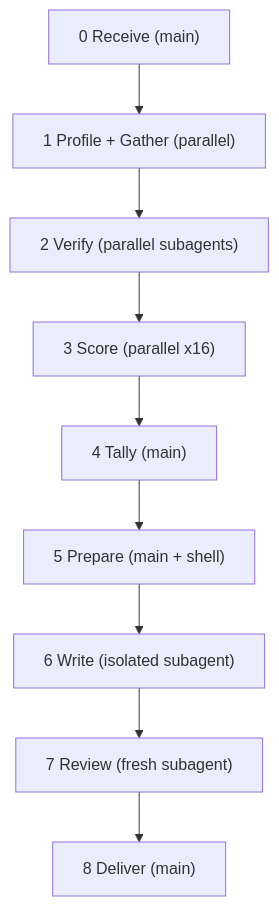
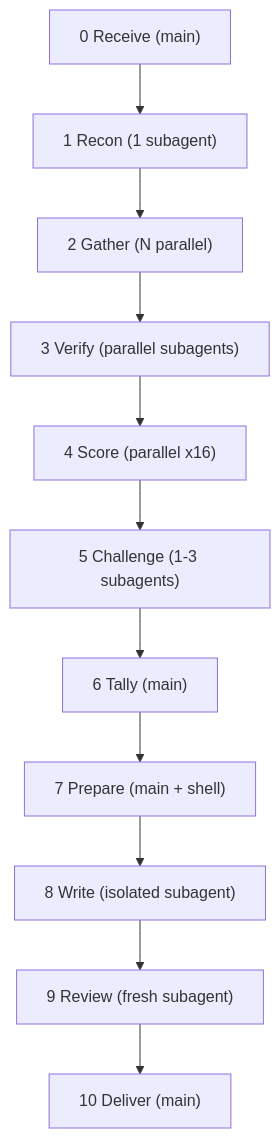
One commit to cppalliance/tools-public changed the diagram in tools-wg21/cheat-finder.md. Above: the diagram before and after it, drawn with Mermaid. The commit also changed other lines of this file and 5 other files, not shown here.

````diff
--- a/tools-wg21/cheat-finder.md
+++ b/tools-wg21/cheat-finder.md
@@ -19,11 +19,13 @@
 ```mermaid
 flowchart TD
-    S0["0 Receive (main)"] --> S1["1 Profile + Gather (parallel)"]
-    S1 --> S2["2 Verify (parallel subagents)"]
-    S2 --> S3["3 Score (parallel x16)"]
-    S3 --> S4["4 Tally (main)"]
-    S4 --> S5["5 Prepare (main + shell)"]
-    S5 --> S6["6 Write (isolated subagent)"]
-    S6 --> S7["7 Review (fresh subagent)"]
-    S7 --> S8["8 Deliver (main)"]
+    S0["0 Receive (main)"] --> S1["1 Recon (1 subagent)"]
+    S1 --> S2["2 Gather (N parallel)"]
+    S2 --> S3["3 Verify (parallel subagents)"]
+    S3 --> S4["4 Score (parallel x16)"]
+    S4 --> S5["5 Challenge (1-3 subagents)"]
+    S5 --> S6["6 Tally (main)"]
+    S6 --> S7["7 Prepare (main + shell)"]
+    S7 --> S8["8 Write (isolated subagent)"]
+    S8 --> S9["9 Review (fresh subagent)"]
+    S9 --> S10["10 Deliver (main)"]
 ```
````
